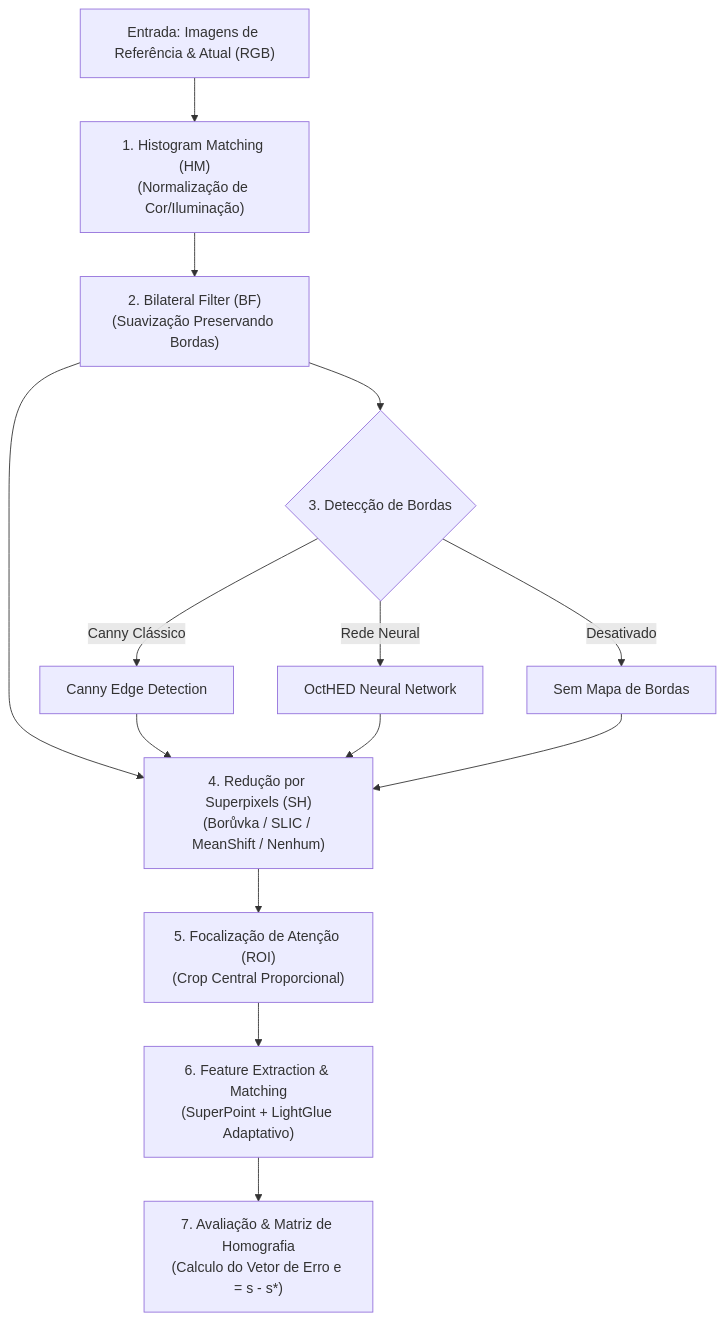
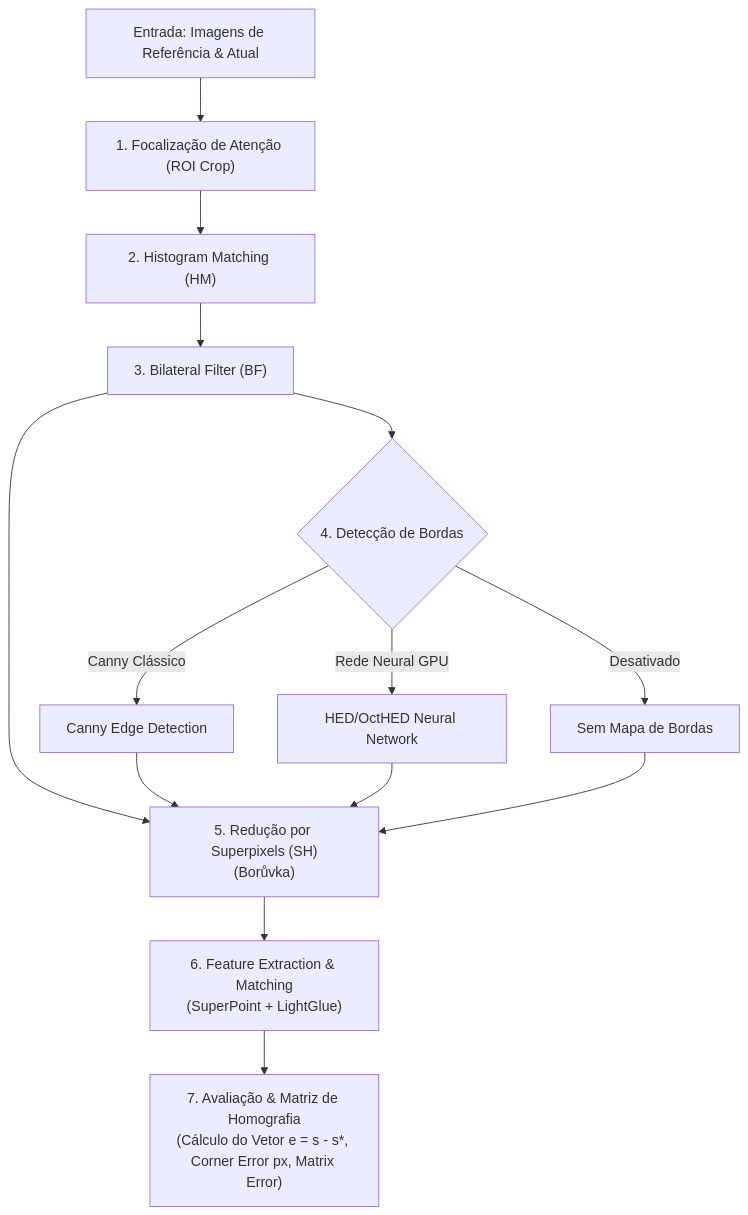
Before and after one commit to pedrohazevedovm/visual-servoing: the diagram in README.md, drawn with Mermaid. The commit also changed other lines of this file and 326 other files, not shown here.

````diff
--- a/README.md
+++ b/README.md
@@ -11,18 +11,19 @@
 ```mermaid
 flowchart TD
-    SubGraph1["Entrada: Imagens de Referência & Atual (RGB)"] --> Step1["1. Histogram Matching (HM)<br/>(Normalização de Cor/Iluminação)"]
-    Step1 --> Step2["2. Bilateral Filter (BF)<br/>(Suavização Preservando Bordas)"]
-    Step2 --> Step3{"3. Detecção de Bordas"}
-    Step3 -->|Canny Clássico| Step3A["Canny Edge Detection"]
-    Step3 -->|Rede Neural| Step3B["OctHED Neural Network"]
-    Step3 -->|Desativado| Step3C["Sem Mapa de Bordas"]
+    Input["Entrada: Imagens de Referência & Atual"] --> Step1["1. Focalização de Atenção (ROI Crop)<br/>"]
+    Step1 --> Step2["2. Histogram Matching (HM)<br/>"]
+    Step2 --> Step3["3. Bilateral Filter (BF)<br/>"]
     
-    Step2 --> Step4["4. Redução por Superpixels (SH)<br/>(Borůvka / SLIC / MeanShift / Nenhum)"]
-    Step3A --> Step4
-    Step3B --> Step4
-    Step3C --> Step4
+    Step3 --> Step4{"4. Detecção de Bordas"}
+    Step4 -->|Canny Clássico| Step4A["Canny Edge Detection"]
+    Step4 -->|Rede Neural GPU| Step4B["HED/OctHED Neural Network<br/>"]
+    Step4 -->|Desativado| Step4C["Sem Mapa de Bordas"]
     
-    Step4 --> Step5["5. Focalização de Atenção (ROI)<br/>(Crop Central Proporcional)"]
-    Step5 --> Step6["6. Feature Extraction & Matching<br/>(SuperPoint + LightGlue Adaptativo)"]
-    Step6 --> Step7["7. Avaliação & Matriz de Homografia<br/>(Calculo do Vetor de Erro e = s - s*)"]
+    Step3 --> Step5["5. Redução por Superpixels (SH)<br/>(Borůvka)"]
+    Step4A --> Step5
+    Step4B --> Step5
+    Step4C --> Step5
+    
+    Step5 --> Step6["6. Feature Extraction & Matching<br/>(SuperPoint + LightGlue)"]
+    Step6 --> Step7["7. Avaliação & Matriz de Homografia<br/>(Cálculo do Vetor e = s - s*, Corner Error px, Matrix Error)"]
 ```
````
